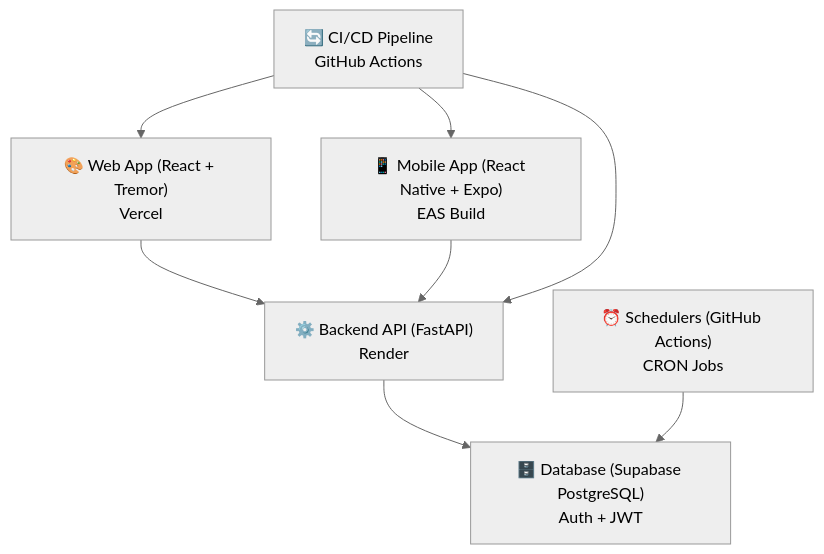
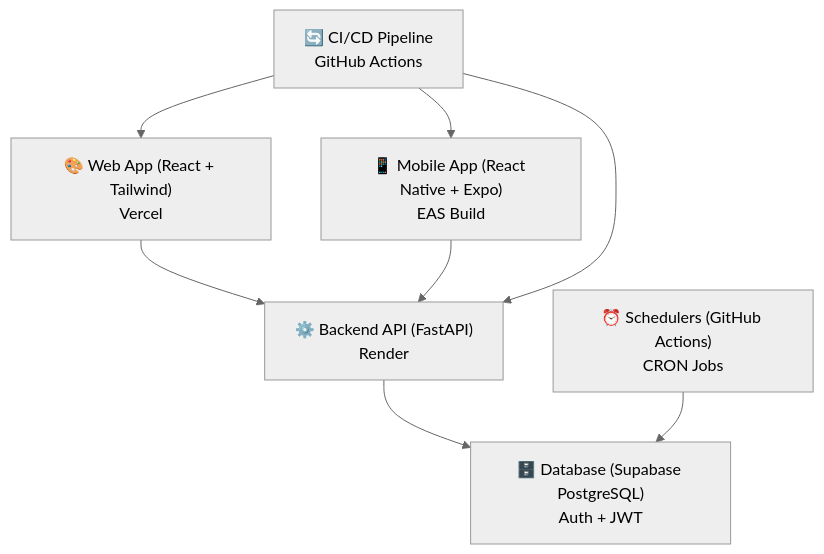
The diagram in docs/TECHNICAL/02-SYSTEM-DIAGRAMS.md (shivnikumfinance/stride-alytics), drawn with Mermaid (neutral theme) before and after one commit. The commit also changed other lines of this file and 86 other files, not shown here.

````diff
--- a/docs/TECHNICAL/02-SYSTEM-DIAGRAMS.md
+++ b/docs/TECHNICAL/02-SYSTEM-DIAGRAMS.md
@@ -50,17 +50,17 @@
 ```mermaid
 flowchart TD
-    A["🎨 Web App (React + Tremor)<br/>Vercel"]
+    A["🎨 Web App (React + Tailwind)<br/>Vercel"]
     B["📱 Mobile App (React Native + Expo)<br/>EAS Build"]
     C["⚙️ Backend API (FastAPI)<br/>Render"]
     D["🗄️ Database (Supabase PostgreSQL)<br/>Auth + JWT"]
     E["⏰ Schedulers (GitHub Actions)<br/>CRON Jobs"]
     F["🔄 CI/CD Pipeline<br/>GitHub Actions"]
     
     A --> C
     B --> C
     C --> D
     E --> D
     F --> A
     F --> B
     F --> C
 ```
````
